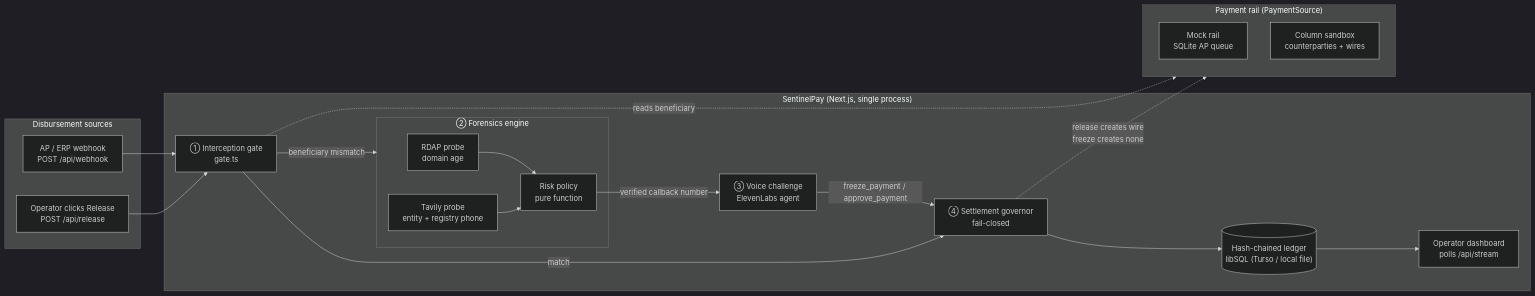
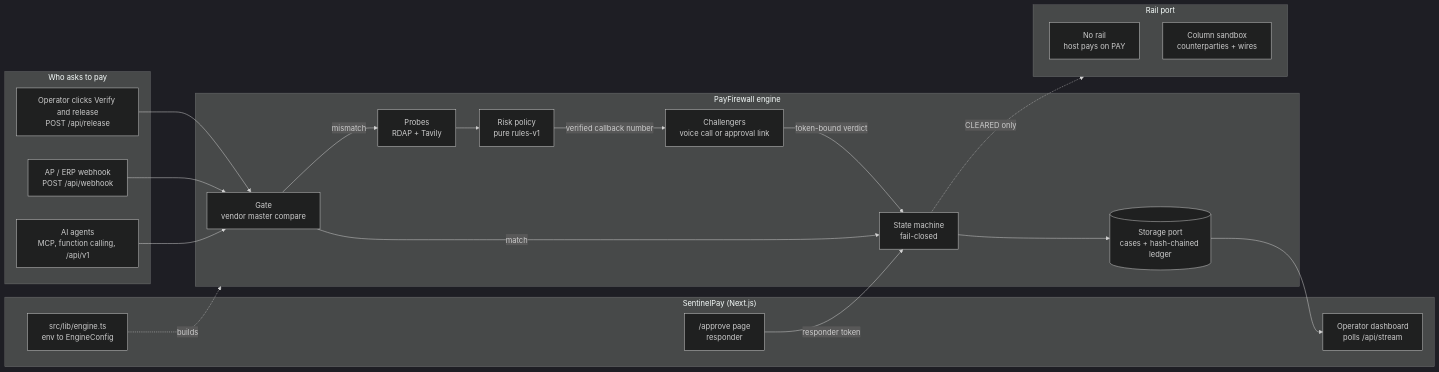
The first of 3 diagrams in README.md (roshaninfordham/sentinelpay), drawn with Mermaid (dark theme) before and after one commit. The commit also changed other lines of this file and 70 other files, not shown here.

````diff
--- a/README.md
+++ b/README.md
@@ -129,38 +179,42 @@
 ```mermaid
 flowchart LR
-    subgraph Sources["Disbursement sources"]
+    subgraph Requesters["Who asks to pay"]
+        OP["Operator clicks Verify and release<br/>POST /api/release"]
         AP["AP / ERP webhook<br/>POST /api/webhook"]
-        OP["Operator clicks Release<br/>POST /api/release"]
+        AG["AI agents<br/>MCP, function calling, /api/v1"]
     end
 
-    subgraph App["SentinelPay (Next.js, single process)"]
-        GATE["① Interception gate<br/>gate.ts"]
-        subgraph FX["② Forensics engine"]
-            RDAP["RDAP probe<br/>domain age"]
-            TAV["Tavily probe<br/>entity + registry phone"]
-            POL["Risk policy<br/>pure function"]
-        end
-        VOICE["③ Voice challenge<br/>ElevenLabs agent"]
-        GOV["④ Settlement governor<br/>fail-closed"]
-        LEDGER[("Hash-chained ledger<br/>libSQL (Turso / local file)")]
+    subgraph App["SentinelPay (Next.js)"]
         UI["Operator dashboard<br/>polls /api/stream"]
+        APR["/approve page<br/>responder"]
+        CFG["src/lib/engine.ts<br/>env to EngineConfig"]
     end
 
-    subgraph Rail["Payment rail (PaymentSource)"]
-        MOCK["Mock rail<br/>SQLite AP queue"]
+    subgraph Engine["PayFirewall engine"]
+        GATE["Gate<br/>vendor master compare"]
+        PROBES["Probes<br/>RDAP + Tavily"]
+        POL["Risk policy<br/>pure rules-v1"]
+        CHAL["Challengers<br/>voice call or approval link"]
+        SM["State machine<br/>fail-closed"]
+        LEDGER[("Storage port<br/>cases + hash-chained ledger")]
+    end
+
+    subgraph Rail["Rail port"]
+        NONE["No rail<br/>host pays on PAY"]
         COL["Column sandbox<br/>counterparties + wires"]
     end
 
+    OP --> GATE
     AP --> GATE
-    OP --> GATE
-    GATE -- "beneficiary mismatch" --> FX
-    RDAP --> POL
-    TAV --> POL
-    POL -- "verified callback number" --> VOICE
-    VOICE -- "freeze_payment / approve_payment" --> GOV
-    GATE -- "match" --> GOV
-    GOV --> LEDGER
-    GATE -. "reads beneficiary" .-> Rail
-    GOV -. "release creates wire<br/>freeze creates none" .-> Rail
+    AG --> GATE
+    CFG -. builds .-> Engine
+    GATE -- "mismatch" --> PROBES
+    PROBES --> POL
+    POL -- "verified callback number" --> CHAL
+    CHAL -- "token-bound verdict" --> SM
+    APR -- "responder token" --> SM
+    GATE -- "match" --> SM
+    SM --> LEDGER
+    SM -. "CLEARED only" .-> Rail
     LEDGER --> UI
 ```
````
